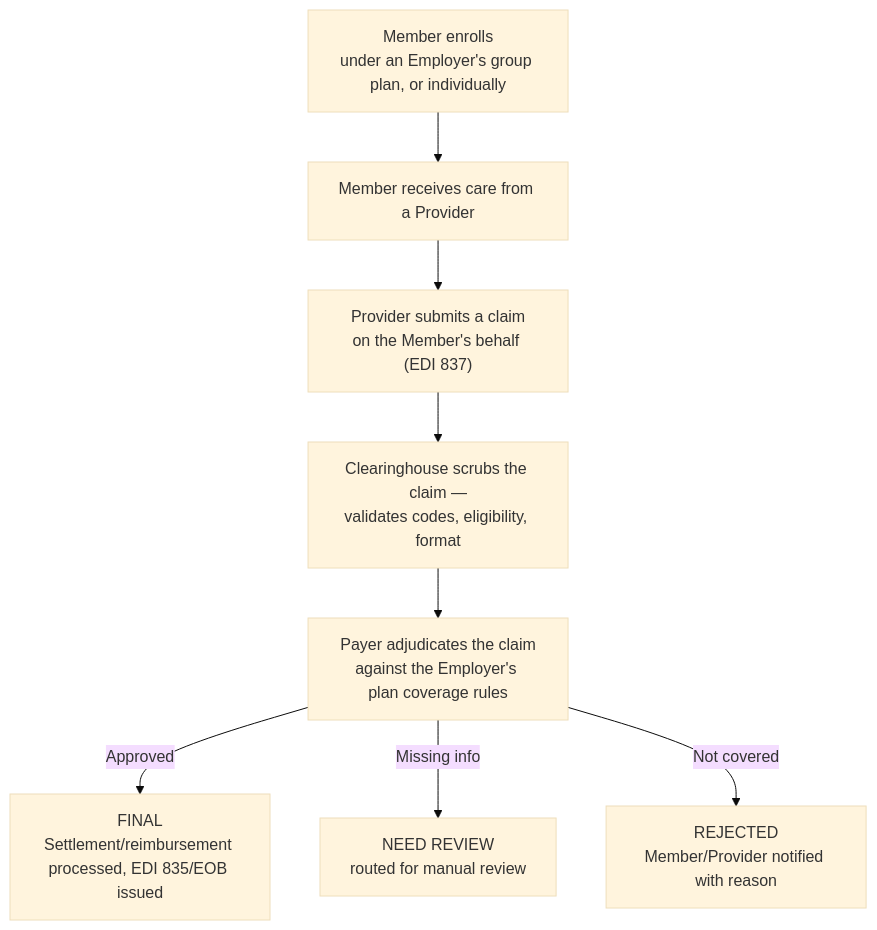
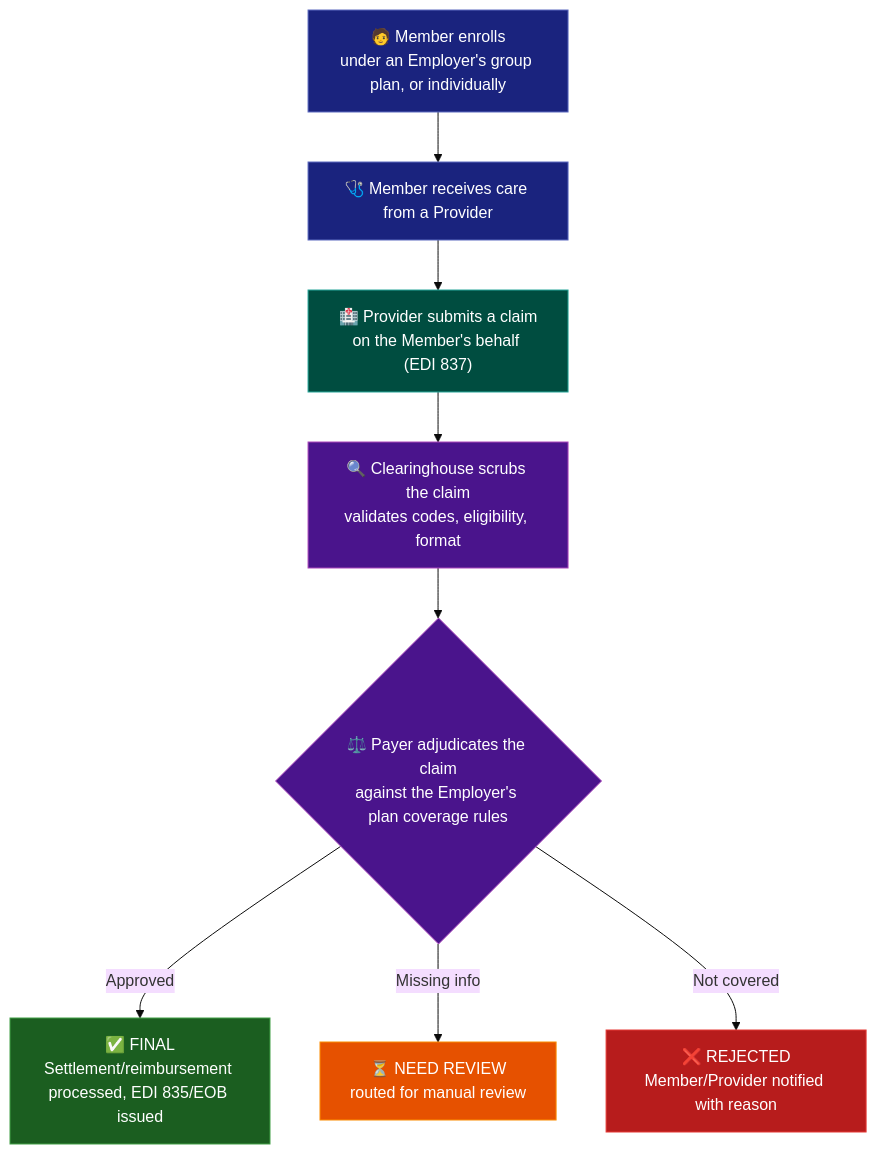
The diagram in README.md (ghanendra-sdet/healthcare-insurance-platform), drawn with Mermaid (base theme) before and after one commit. The commit also changed other lines of this file, not shown here.

Commit message:
docs: refresh root README with richer diagrams and clearer prose

````diff
--- a/README.md
+++ b/README.md
@@ -140,10 +140,24 @@
 ```mermaid
 flowchart TD
-    A["Member enrolls<br/>under an Employer's group plan, or individually"] --> B["Member receives care from a Provider"]
-    B --> C["Provider submits a claim<br/>on the Member's behalf (EDI 837)"]
-    C --> D["Clearinghouse scrubs the claim —<br/>validates codes, eligibility, format"]
-    D --> E["Payer adjudicates the claim<br/>against the Employer's plan coverage rules"]
-    E -->|Approved| F["FINAL<br/>Settlement/reimbursement processed, EDI 835/EOB issued"]
-    E -->|Missing info| G["NEED REVIEW<br/>routed for manual review"]
-    E -->|Not covered| H["REJECTED<br/>Member/Provider notified with reason"]
+    A["🧑 Member enrolls<br/>under an Employer's group plan, or individually"] --> B["🩺 Member receives care from a Provider"]
+    B --> C["🏥 Provider submits a claim<br/>on the Member's behalf (EDI 837)"]
+    C --> D["🔍 Clearinghouse scrubs the claim<br/>validates codes, eligibility, format"]
+    D --> E{"⚖️ Payer adjudicates the claim<br/>against the Employer's plan coverage rules"}
+    E -->|Approved| F["✅ FINAL<br/>Settlement/reimbursement processed, EDI 835/EOB issued"]
+    E -->|Missing info| G["⏳ NEED REVIEW<br/>routed for manual review"]
+    E -->|Not covered| H["❌ REJECTED<br/>Member/Provider notified with reason"]
+
+    classDef person fill:#1a237e,color:#fff,stroke:#5c6bc0,stroke-width:1px
+    classDef service fill:#004d40,color:#fff,stroke:#26a69a,stroke-width:1px
+    classDef gate fill:#4a148c,color:#fff,stroke:#ab47bc,stroke-width:1px
+    classDef good fill:#1b5e20,color:#fff,stroke:#43a047,stroke-width:1px
+    classDef warn fill:#e65100,color:#fff,stroke:#fb8c00,stroke-width:1px
+    classDef bad fill:#b71c1c,color:#fff,stroke:#e53935,stroke-width:1px
+
+    class A,B person
+    class C service
+    class D,E gate
+    class F good
+    class G warn
+    class H bad
 ```
````
